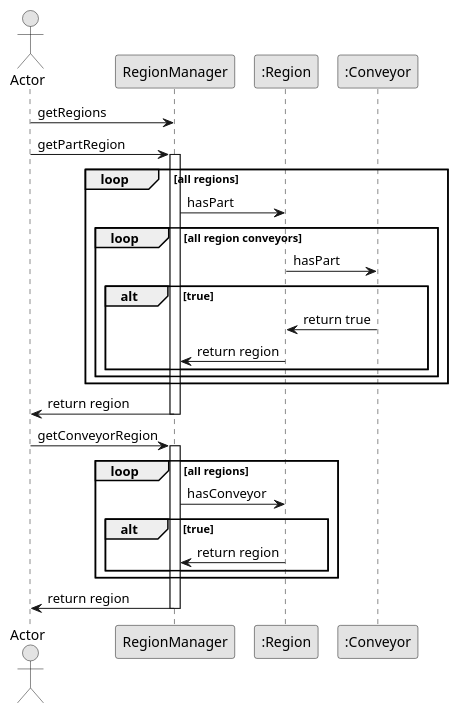
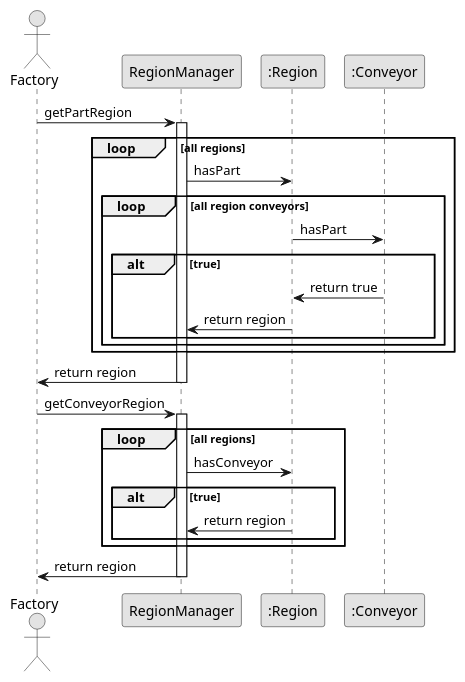
The diagram in docs/sequence_uml/region_manager.puml (avrocha/plant-floor-control), drawn with PlantUML before and after one commit. The commit also changed 2 other files, not shown here.

Commit message:
UML: Change actor name
References: #1 #2 #3

```diff
--- a/docs/sequence_uml/region_manager.puml
+++ b/docs/sequence_uml/region_manager.puml
@@ -1,42 +1,40 @@
 @startuml
 skinparam linetype ortho
 skinparam Monochrome true
 skinparam classAttributeIconSize 0
 
-actor Actor as Actor
+actor Factory as Factory
 
-Actor -> RegionManager: getRegions
-
-Actor -> RegionManager: getPartRegion
+Factory -> RegionManager: getPartRegion
 activate RegionManager
 
 loop all regions
     RegionManager -> ":Region": hasPart
    
     loop all region conveyors
         ":Region" -> ":Conveyor": hasPart
 
         alt true
             ":Conveyor" -> ":Region": return true
             ":Region" -> "RegionManager": return region
         end
     end
 end
 
-RegionManager -> Actor: return region
+RegionManager -> Factory: return region
 deactivate RegionManager
 
-Actor -> RegionManager: getConveyorRegion
+Factory -> RegionManager: getConveyorRegion
 activate RegionManager
 
 loop all regions
     RegionManager -> ":Region": hasConveyor
    
     alt true
         ":Region" -> "RegionManager": return region
     end
 end
 
-RegionManager -> Actor: return region
+RegionManager -> Factory: return region
 deactivate RegionManager
 @enduml
```
